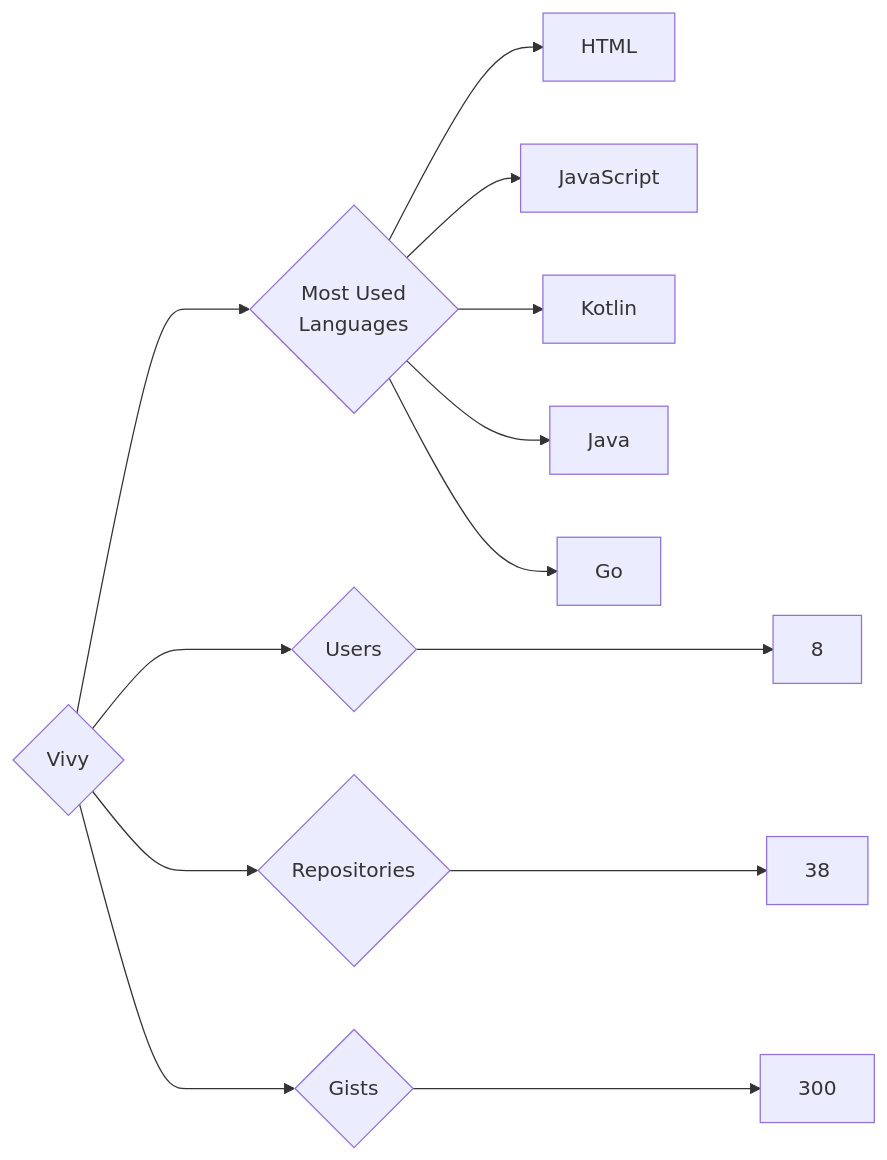
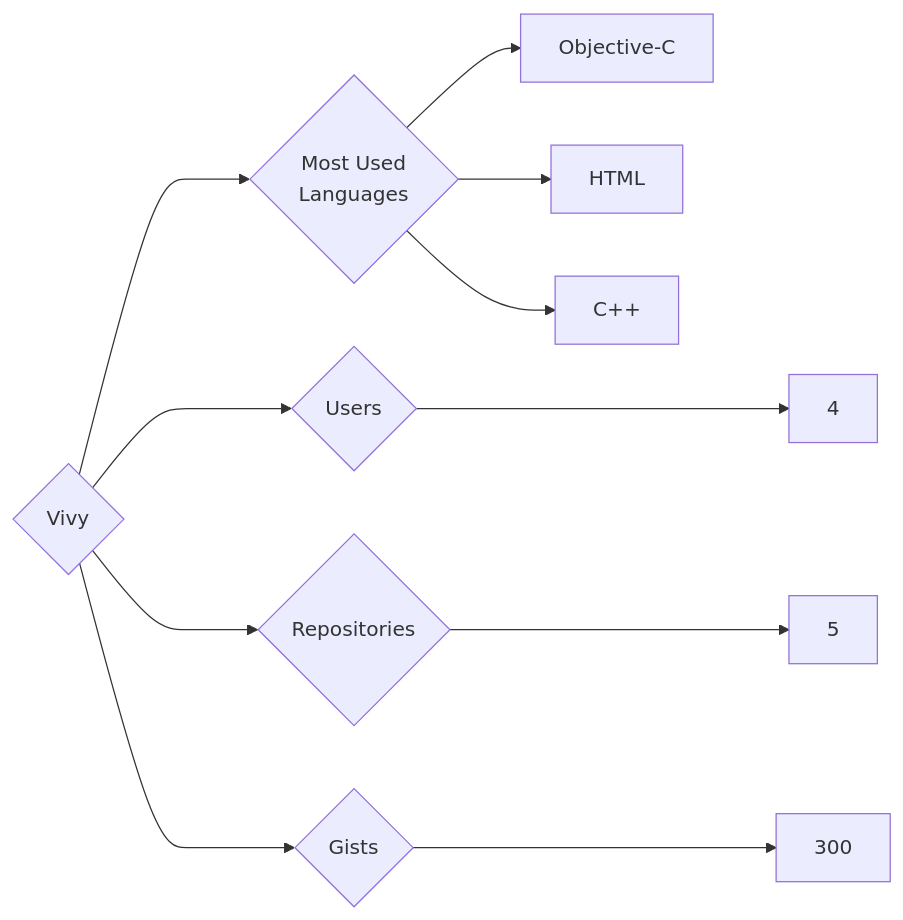
Before and after one commit to trickest/insiders: the diagram in targets/Vivy/README.md, drawn with Mermaid. The commit also changed 976 other files, not shown here.

````diff
--- a/targets/Vivy/README.md
+++ b/targets/Vivy/README.md
@@ -3,13 +3,11 @@
 ```mermaid
 graph LR
 COMPANY_NAME{Vivy}
-COMPANY_NAME ---> U{Users} ---> UN[8]
-COMPANY_NAME ---> R{Repositories} ---> RN[38]
+COMPANY_NAME ---> U{Users} ---> UN[4]
+COMPANY_NAME ---> R{Repositories} ---> RN[5]
 COMPANY_NAME ---> G{Gists} ---> GN[300]
 COMPANY_NAME ---> ML{Most Used<br>Languages}
+ML --> Objective-C[Objective-C]
 ML --> HTML[HTML]
-ML --> JavaScript[JavaScript]
-ML --> Kotlin[Kotlin]
-ML --> Java[Java]
-ML --> Go[Go]
+ML --> C++[C++]
 ```
````
